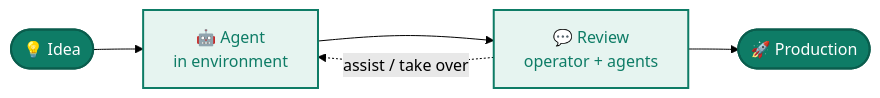
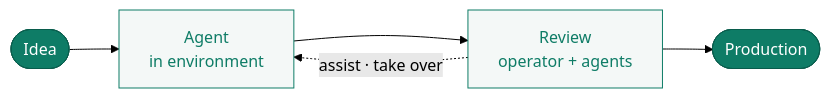
One commit to sophium/erun changed the diagram in erun-docs/docs/intro.md. Above: the diagram before and after it, drawn with Mermaid (forest theme). The commit also changed other lines of this file and 3 other files, not shown here.

First line of the commit message:
Polish Welcome: remove emoji, simplify diagram, refine logo

````diff
--- a/erun-docs/docs/intro.md
+++ b/erun-docs/docs/intro.md
@@ -10,12 +16,12 @@
 ```mermaid
 flowchart LR
-    I([💡 Idea]) --> A
-    A[🤖 Agent<br/>in environment]
-    A --> R[💬 Review<br/>operator + agents]
-    R --> P([🚀 Production])
-    R -. assist / take over .-> A
-    classDef hero fill:#0e7c66,color:#fff,stroke:#0a5d4d,stroke-width:2px;
-    classDef step fill:#e6f4f0,color:#0e7c66,stroke:#0e7c66,stroke-width:2px;
-    class I,P hero
-    class A,R step
+    Idea([Idea]) --> Agent
+    Agent[Agent<br/>in environment] --> Review[Review<br/>operator + agents]
+    Review --> Production([Production])
+    Review -. assist · take over .-> Agent
+
+    classDef terminal fill:#0e7c66,stroke:#0a5d4d,color:#ffffff,stroke-width:1px;
+    classDef step fill:#f4f8f7,stroke:#0e7c66,color:#0e7c66,stroke-width:1px;
+    class Idea,Production terminal
+    class Agent,Review step
 ```
````
